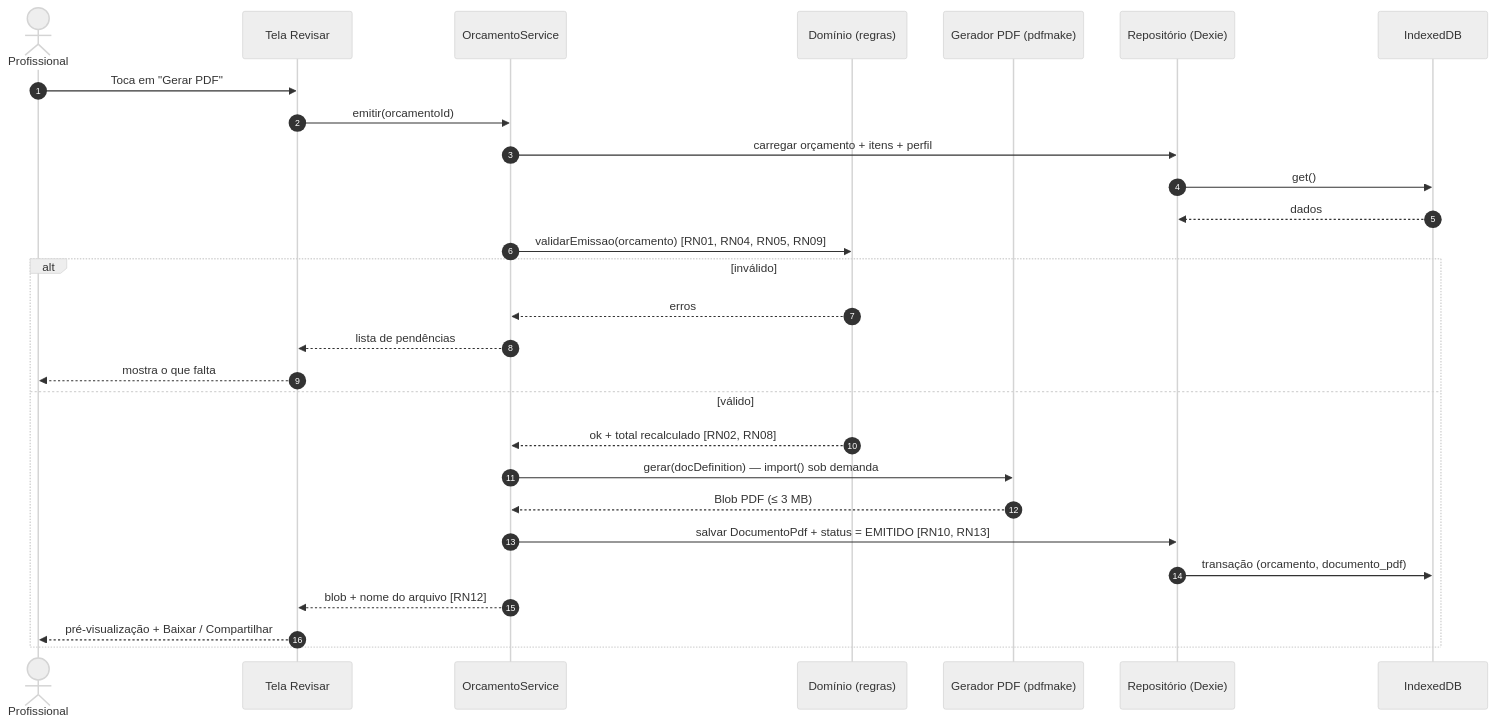
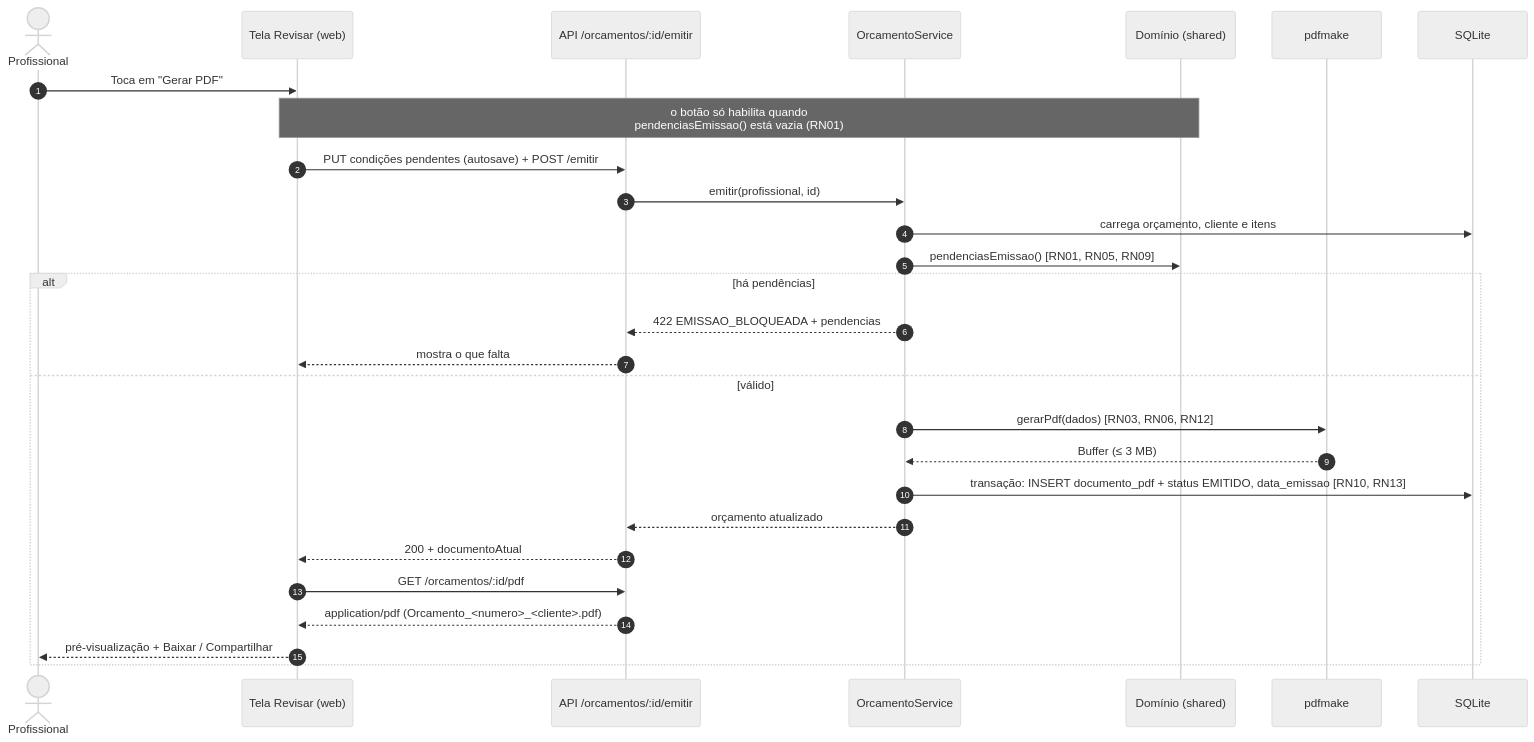
The third of 3 diagrams in docs/04-arquitetura.md (Lucas-Bobato/OrcaFacil), drawn with Mermaid (neutral theme) before and after one commit. The commit also changed other lines of this file and 12 other files, not shown here.

````diff
--- a/docs/04-arquitetura.md
+++ b/docs/04-arquitetura.md
@@ -67,31 +73,31 @@
 ```mermaid
 sequenceDiagram
     autonumber
     actor P as Profissional
-    participant UI as Tela Revisar
+    participant UI as Tela Revisar (web)
+    participant API as API /orcamentos/:id/emitir
     participant S as OrcamentoService
-    participant D as Domínio (regras)
-    participant G as Gerador PDF (pdfmake)
-    participant R as Repositório (Dexie)
-    participant DB as IndexedDB
+    participant D as Domínio (shared)
+    participant G as pdfmake
+    participant DB as SQLite
 
     P->>UI: Toca em "Gerar PDF"
-    UI->>S: emitir(orcamentoId)
-    S->>R: carregar orçamento + itens + perfil
-    R->>DB: get()
-    DB-->>R: dados
-    S->>D: validarEmissao(orcamento) [RN01, RN04, RN05, RN09]
-    alt inválido
-        D-->>S: erros
-        S-->>UI: lista de pendências
-        UI-->>P: mostra o que falta
+    Note over UI,D: o botão só habilita quando<br/>pendenciasEmissao() está vazia (RN01)
+    UI->>API: PUT condições pendentes (autosave) + POST /emitir
+    API->>S: emitir(profissional, id)
+    S->>DB: carrega orçamento, cliente e itens
+    S->>D: pendenciasEmissao() [RN01, RN05, RN09]
+    alt há pendências
+        S-->>API: 422 EMISSAO_BLOQUEADA + pendencias
+        API-->>UI: mostra o que falta
     else válido
-        D-->>S: ok + total recalculado [RN02, RN08]
-        S->>G: gerar(docDefinition) — import() sob demanda
-        G-->>S: Blob PDF (≤ 3 MB)
-        S->>R: salvar DocumentoPdf + status = EMITIDO [RN10, RN13]
-        R->>DB: transação (orcamento, documento_pdf)
-        S-->>UI: blob + nome do arquivo [RN12]
+        S->>G: gerarPdf(dados) [RN03, RN06, RN12]
+        G-->>S: Buffer (≤ 3 MB)
+        S->>DB: transação: INSERT documento_pdf + status EMITIDO, data_emissao [RN10, RN13]
+        S-->>API: orçamento atualizado
+        API-->>UI: 200 + documentoAtual
+        UI->>API: GET /orcamentos/:id/pdf
+        API-->>UI: application/pdf (Orcamento_<numero>_<cliente>.pdf)
         UI-->>P: pré-visualização + Baixar / Compartilhar
     end
 ```
````
